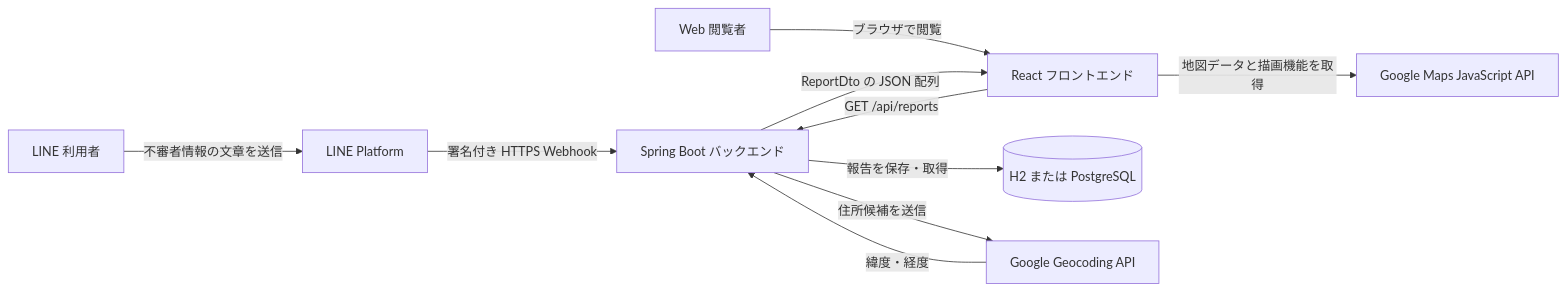
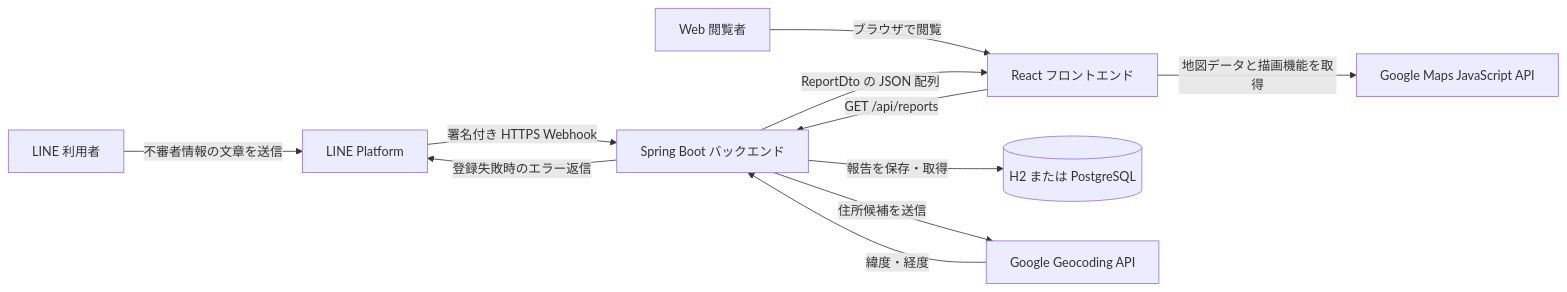
One commit to TBan34/Suspicious-Person-Map changed the first of 5 diagrams in docs/architecture/system-overview.md. Above: the diagram before and after it, drawn with Mermaid. The commit also changed other lines of this file and 16 other files, not shown here.

````diff
--- a/docs/architecture/system-overview.md
+++ b/docs/architecture/system-overview.md
@@ -26,21 +26,22 @@
 ```mermaid
 flowchart LR
     reporter[LINE 利用者]
     viewer[Web 閲覧者]
     line[LINE Platform]
     frontend[React フロントエンド]
     backend[Spring Boot バックエンド]
     database[(H2 または PostgreSQL)]
     geocoding[Google Geocoding API]
     maps[Google Maps JavaScript API]
 
     reporter -->|不審者情報の文章を送信| line
     line -->|署名付き HTTPS Webhook| backend
+    backend -->|登録失敗時のエラー返信| line
     backend -->|住所候補を送信| geocoding
     geocoding -->|緯度・経度| backend
     backend -->|報告を保存・取得| database
     viewer -->|ブラウザで閲覧| frontend
     frontend -->|GET /api/reports| backend
     backend -->|ReportDto の JSON 配列| frontend
     frontend -->|地図データと描画機能を取得| maps
 ```
````
